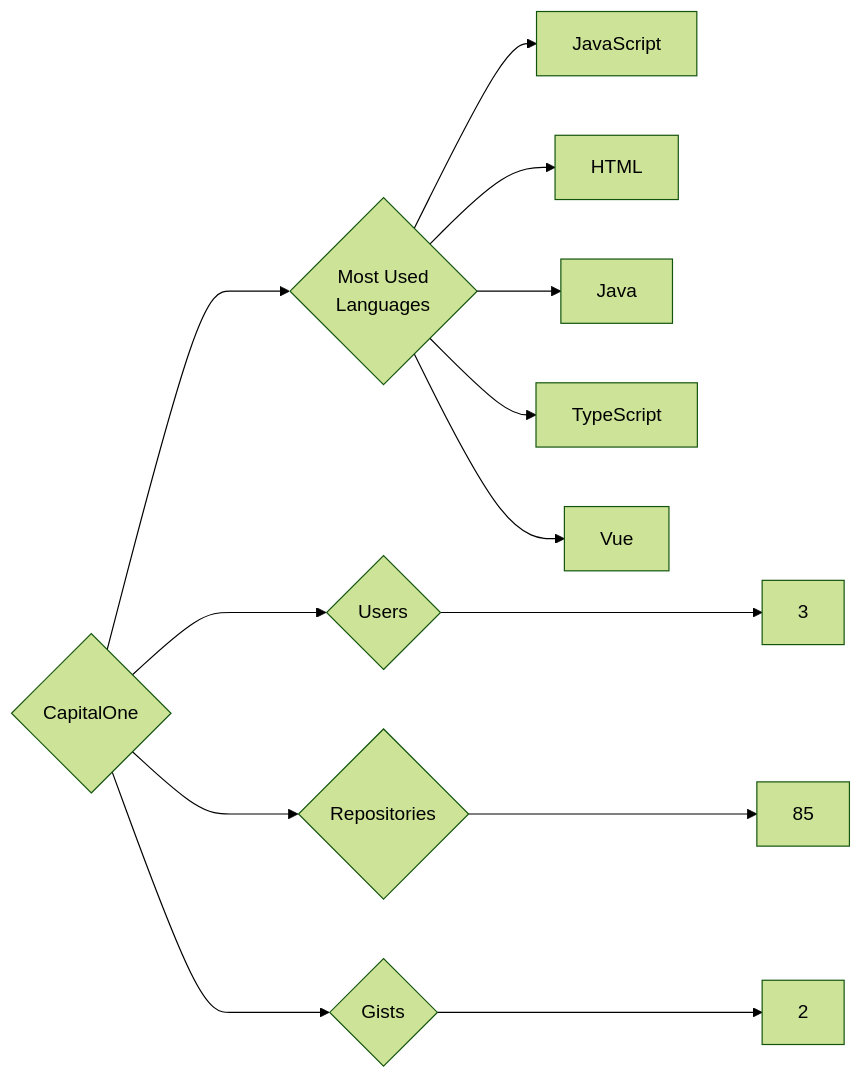
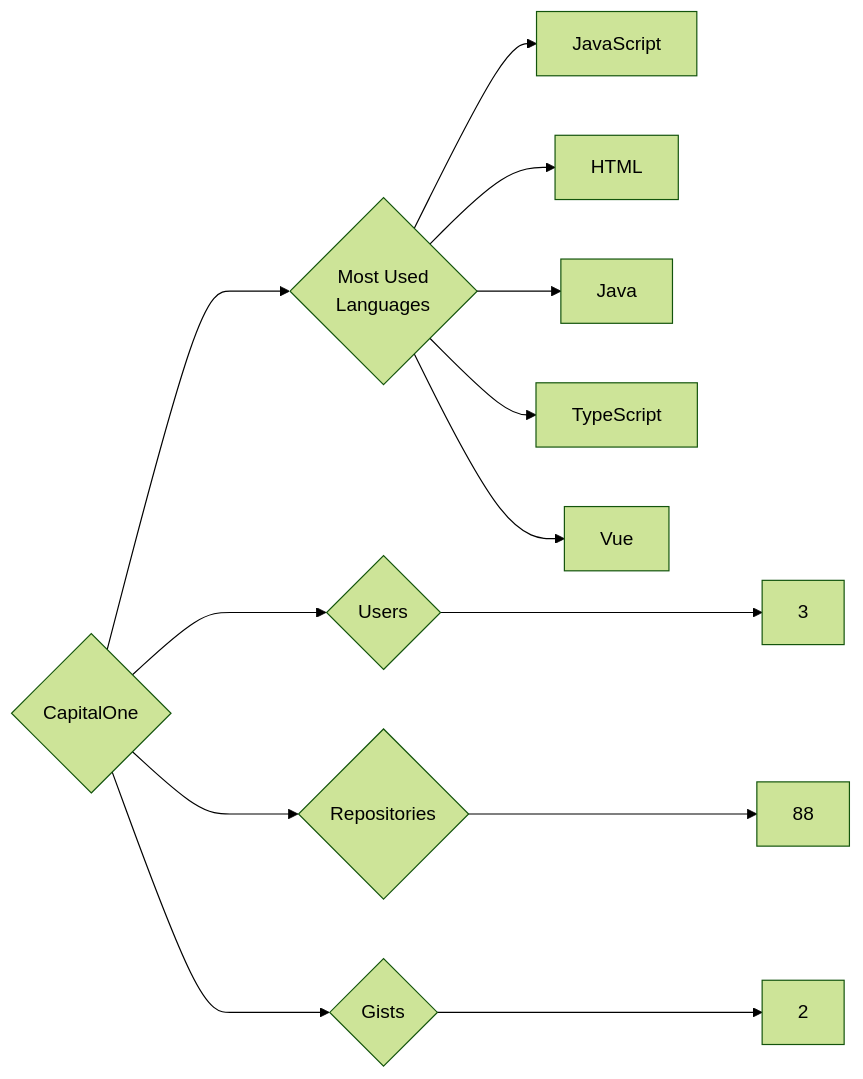
The diagram in targets/CapitalOne/README.md (trickest/insiders), drawn with Mermaid (forest theme) before and after one commit. The commit also changed 618 other files, not shown here.

````diff
--- a/targets/CapitalOne/README.md
+++ b/targets/CapitalOne/README.md
@@ -3,13 +3,13 @@
 ```mermaid
 graph LR
 COMPANY_NAME{CapitalOne}
 COMPANY_NAME ---> U{Users} ---> UN[3]
-COMPANY_NAME ---> R{Repositories} ---> RN[85]
+COMPANY_NAME ---> R{Repositories} ---> RN[88]
 COMPANY_NAME ---> G{Gists} ---> GN[2]
 COMPANY_NAME ---> ML{Most Used<br>Languages}
 ML --> JavaScript[JavaScript]
 ML --> HTML[HTML]
 ML --> Java[Java]
 ML --> TypeScript[TypeScript]
 ML --> Vue[Vue]
 ```
````
